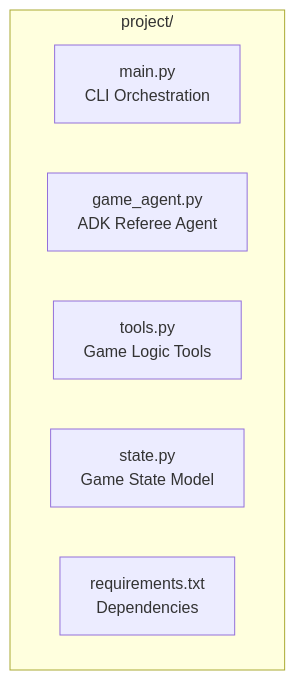
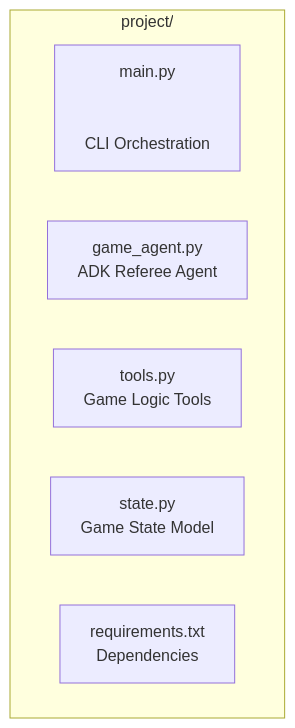
Before and after one commit to Rahullll101/Rock-Paper-Scissors-Plus-game: the second of 3 diagrams in readme.md, drawn with Mermaid. The commit also changed other lines of this file, not shown here.

````diff
--- a/readme.md
+++ b/readme.md
@@ -32,10 +32,12 @@
 ```mermaid
 flowchart TD
     subgraph ProjectRoot [project/]
-        mainpy[main.py\nCLI Orchestration]
+        mainpy[main.py
+        \n
+        CLI Orchestration]
         agentpy[game_agent.py\nADK Referee Agent]
         toolspy[tools.py\nGame Logic Tools]
         statepy[state.py\nGame State Model]
         reqs[requirements.txt\nDependencies]
     end
 ```
````
